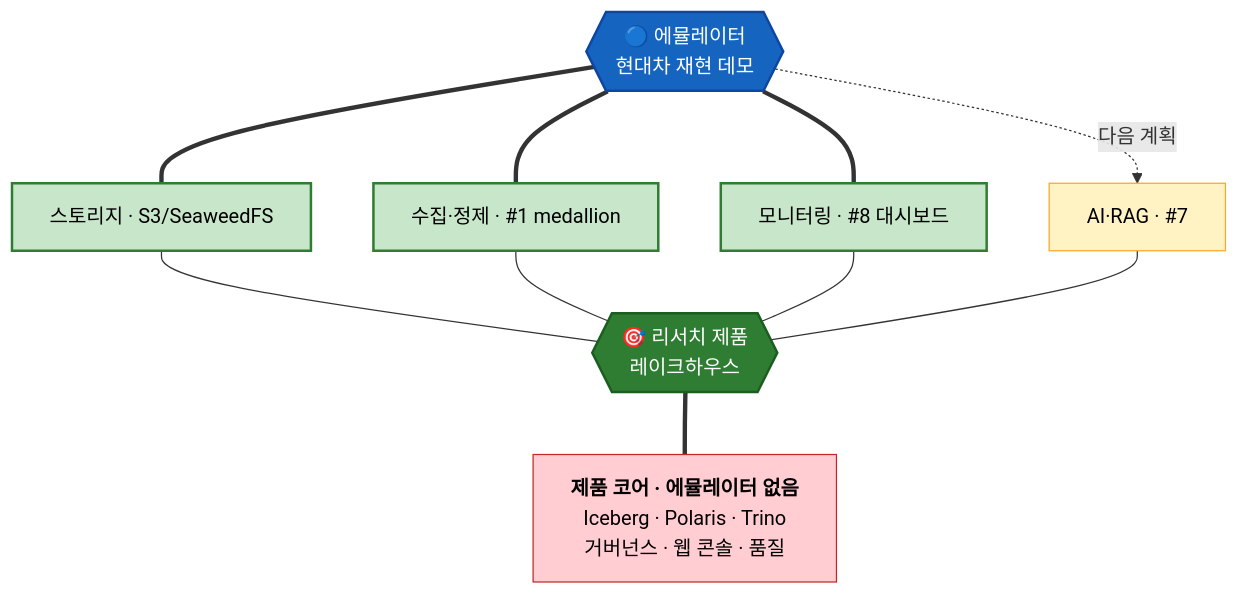
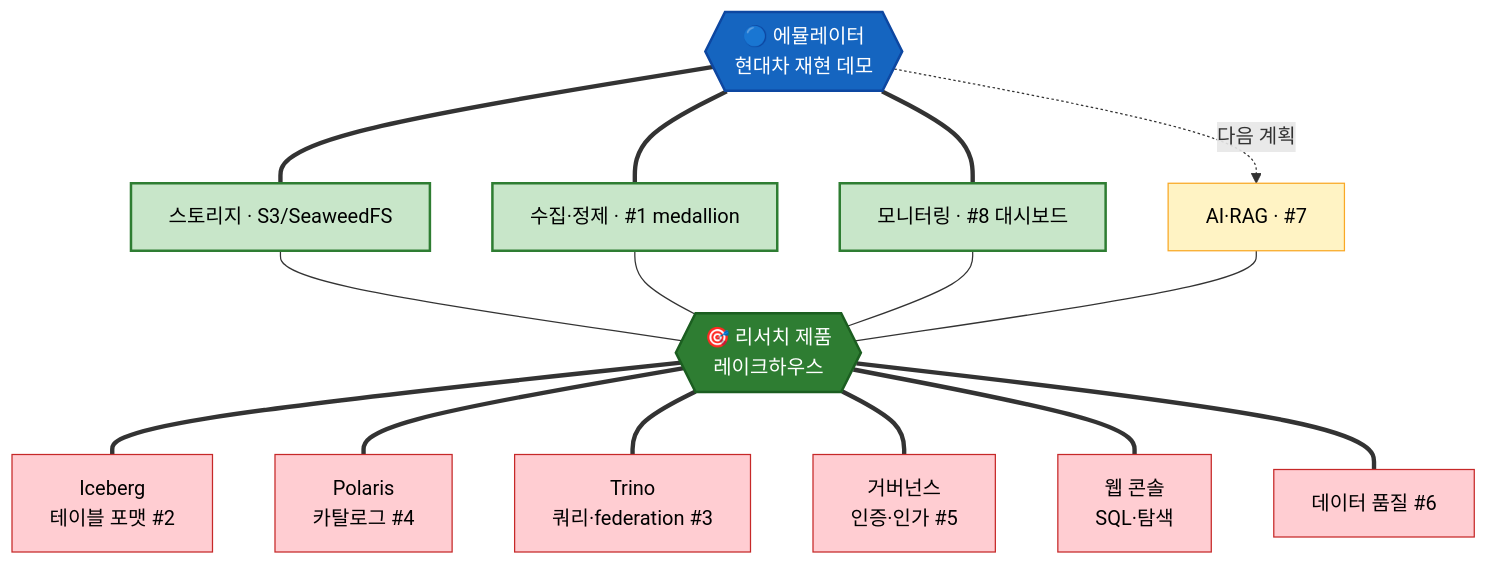
The diagram in docs/pipeline-emulator-vs-lakehouse-research.md (mzd-nrkim/pipeline-emulator), drawn with Mermaid before and after one commit. The commit also changed other lines of this file, not shown here.

Commit message:
modify diagram

````diff
--- a/docs/pipeline-emulator-vs-lakehouse-research.md
+++ b/docs/pipeline-emulator-vs-lakehouse-research.md
@@ -44,29 +44,41 @@
 ```mermaid
 flowchart TB
     EMU{{"🔵 에뮬레이터<br/>현대차 재현 데모"}}:::hubE
 
     ST["스토리지 · S3/SeaweedFS"]:::cov
     ING["수집·정제 · #1 medallion"]:::cov
     MON["모니터링 · #8 대시보드"]:::cov
     AI["AI·RAG · #7"]:::part
 
     RES{{"🎯 리서치 제품<br/>레이크하우스"}}:::hubR
-    CORE["<b>제품 코어 · 에뮬레이터 없음</b><br/>Iceberg · Polaris · Trino<br/>거버넌스 · 웹 콘솔 · 품질"]:::core
+
+    C1["Iceberg<br/>테이블 포맷 #2"]:::core
+    C2["Polaris<br/>카탈로그 #4"]:::core
+    C3["Trino<br/>쿼리·federation #3"]:::core
+    C4["거버넌스<br/>인증·인가 #5"]:::core
+    C5["웹 콘솔<br/>SQL·탐색"]:::core
+    C6["데이터 품질 #6"]:::core
 
     EMU === ST
     EMU === ING
     EMU === MON
     EMU -.->|다음 계획| AI
 
     ST --- RES
     ING --- RES
     MON --- RES
     AI --- RES
-    RES === CORE
+
+    RES === C1
+    RES === C2
+    RES === C3
+    RES === C4
+    RES === C5
+    RES === C6
 
     classDef hubE fill:#1565c0,color:#fff,stroke:#0d47a1,stroke-width:2px
     classDef hubR fill:#2e7d32,color:#fff,stroke:#1b5e20,stroke-width:2px
     classDef cov fill:#c8e6c9,stroke:#2e7d32,color:#000,stroke-width:2px
     classDef part fill:#fff3c4,stroke:#f9a825,color:#000
     classDef core fill:#ffcdd2,stroke:#c62828,color:#000
 ```
````
